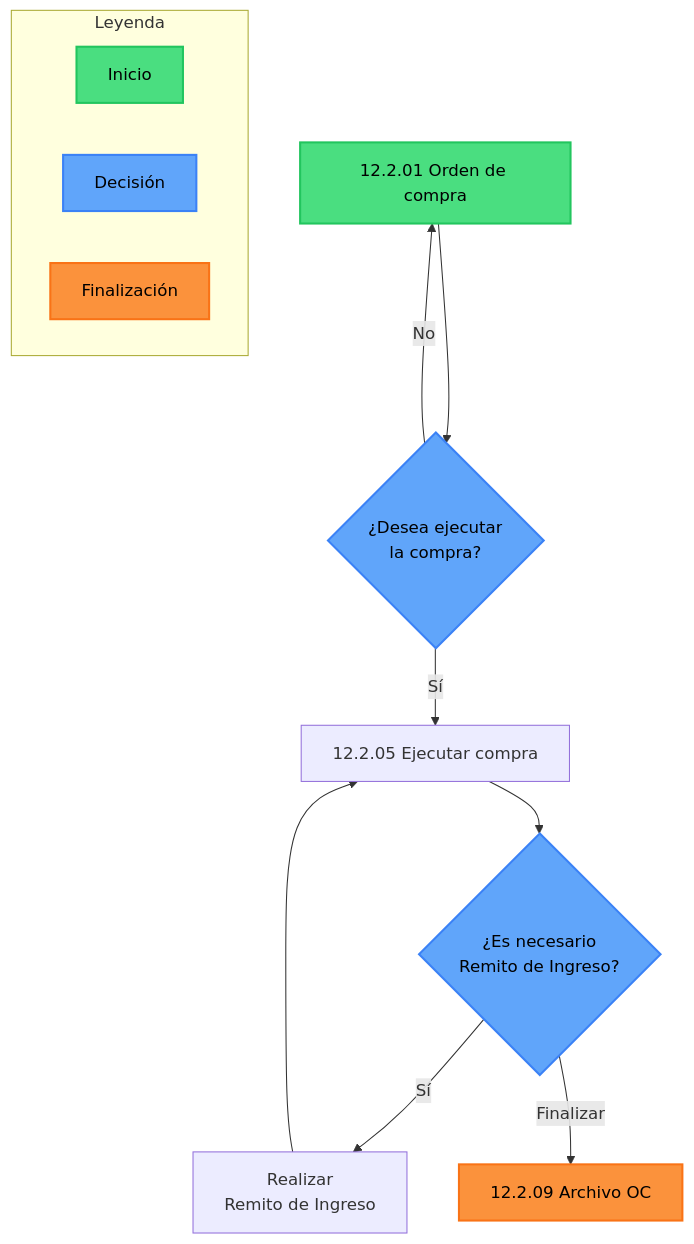
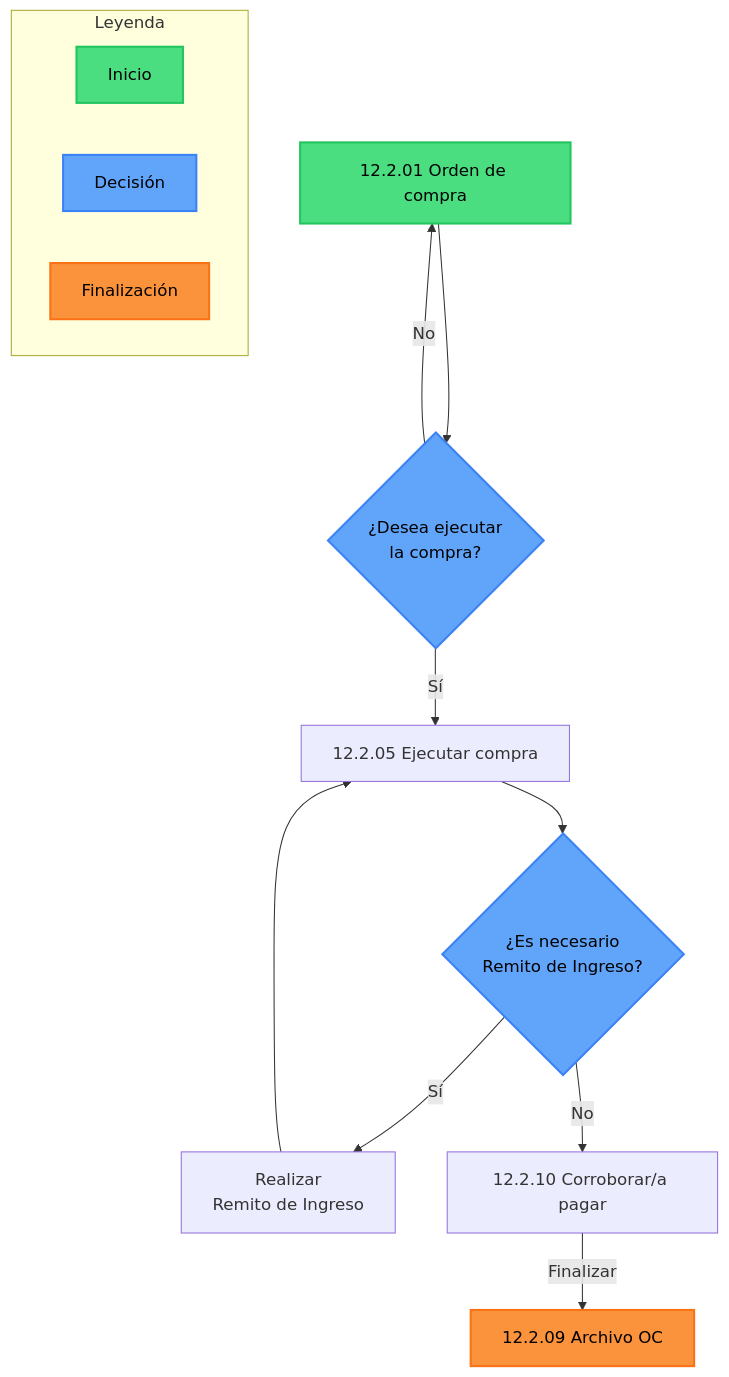
One commit to asterisk-consul/gmdoc changed the diagram in docs/flows/comprasypagos/index.md. Above: the diagram before and after it, drawn with Mermaid. The commit also changed other lines of this file and 4 other files, not shown here.

````diff
--- a/docs/flows/comprasypagos/index.md
+++ b/docs/flows/comprasypagos/index.md
@@ -8,26 +8,29 @@
 ```mermaid
 flowchart TD
     A["12.2.01 Orden de compra"]:::inicio --> B{"¿Desea ejecutar<br/>la compra?"}:::decision
     B -->|No| A
     B -->|Sí| C["12.2.05 Ejecutar compra"]
     C --> D{"¿Es necesario<br/>Remito de Ingreso?"}:::decision
     D -->|Sí| E["Realizar<br/>Remito de Ingreso"]
     E --> C
-    D -->|Finalizar| F["12.2.09 Archivo OC"]:::final
+    D -->|No| F["12.2.10 Corroborar/a pagar"]
+    F-->|Finalizar| G["12.2.09 Archivo OC"]:::final
 
     %% Leyenda
     subgraph Leyenda
         L1[Inicio]:::inicio
         L2[Decisión]:::decision
         L3[Finalización]:::final
     end
 
     %% Estilos
     classDef inicio fill:#4ade80,stroke:#22c55e,stroke-width:2px,color:#000
     classDef decision fill:#60a5fa,stroke:#3b82f6,stroke-width:2px,color:#000
     classDef final fill:#fb923c,stroke:#f97316,stroke-width:2px,color:#000
 
     %% Enlaces a archivos Markdown (índice)
-    click A "./orden_De_Compra.md"
-    click C "./ejecutar_Compra.md"
+    click A "./orden_De_Compra"
+    click C "./ejecutar_Compra"
+    click E "./remito_de_Ingreso"
+    click F "./corroborar_compra"
 ```
````
